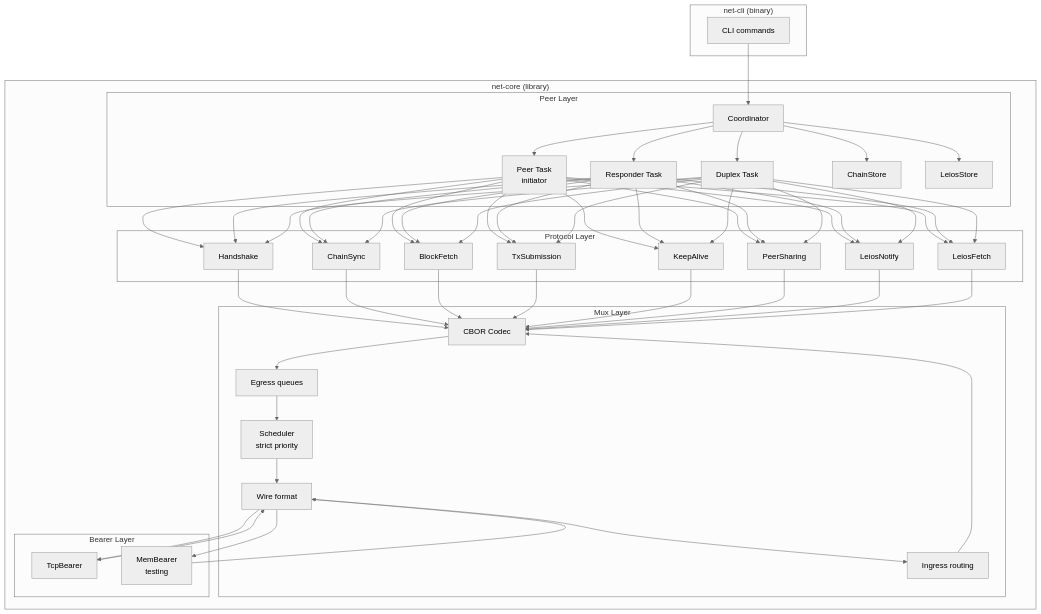
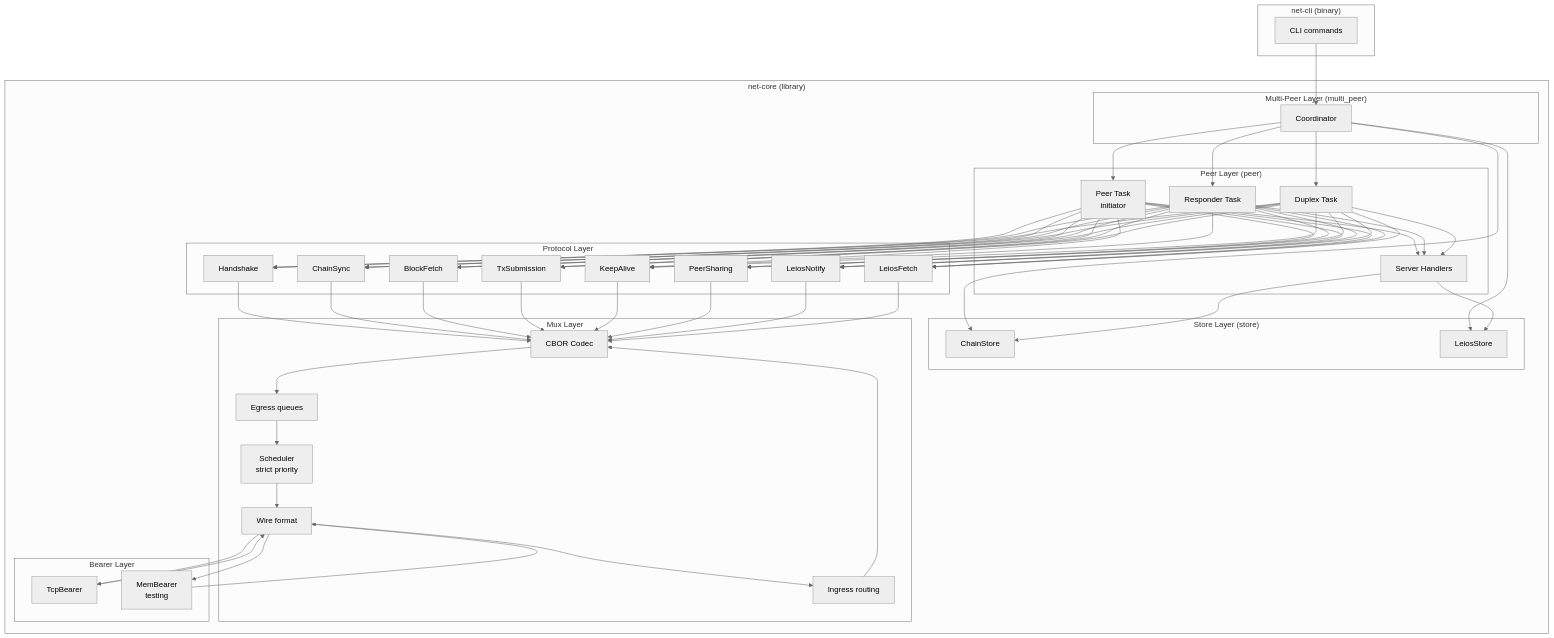
The diagram in net-rs/README.md (input-output-hk/ouroboros-leios), drawn with Mermaid (neutral theme) before and after one commit. The commit also changed other lines of this file and 18 other files, not shown here.

First line of the commit message:
net-rs: split peer/ into multi_peer/, store/, and peer/ modules

````diff
--- a/net-rs/README.md
+++ b/net-rs/README.md
@@ -38,50 +38,59 @@
 ```mermaid
 graph TD
     subgraph "net-cli (binary)"
         CLI[CLI commands]
     end
 
     subgraph "net-core (library)"
-        subgraph "Peer Layer"
+        subgraph "Multi-Peer Layer (multi_peer)"
             COORD[Coordinator]
+        end
+
+        subgraph "Store Layer (store)"
+            CS[ChainStore]
+            LS[LeiosStore]
+        end
+
+        subgraph "Peer Layer (peer)"
             PT[Peer Task<br/>initiator]
             RT[Responder Task]
             DT[Duplex Task]
-            CS[ChainStore]
-            LS[LeiosStore]
+            SH[Server Handlers]
         end
 
         subgraph "Protocol Layer"
             HS[Handshake]
             CSYNC[ChainSync]
             BF[BlockFetch]
             TX[TxSubmission]
             KA[KeepAlive]
             PS[PeerSharing]
             LN[LeiosNotify]
             LF[LeiosFetch]
         end
 
         subgraph "Mux Layer"
             SCHED[Scheduler<br/>strict priority]
             EG[Egress queues]
             IG[Ingress routing]
             CODEC[CBOR Codec]
             WIRE[Wire format]
         end
 
         subgraph "Bearer Layer"
             TCP[TcpBearer]
             MEM[MemBearer<br/>testing]
         end
     end
 
     CLI --> COORD
     COORD --> PT & RT & DT
+    COORD --> CS & LS
+    SH --> CS & LS
+    PT & RT & DT --> SH
     PT & RT & DT --> HS & CSYNC & BF & TX & KA & PS & LN & LF
     HS & CSYNC & BF & TX & KA & PS & LN & LF --> CODEC
     CODEC --> EG --> SCHED --> WIRE
     WIRE --> TCP & MEM
     TCP & MEM --> WIRE --> IG --> CODEC
-    COORD --> CS & LS
 ```
````
